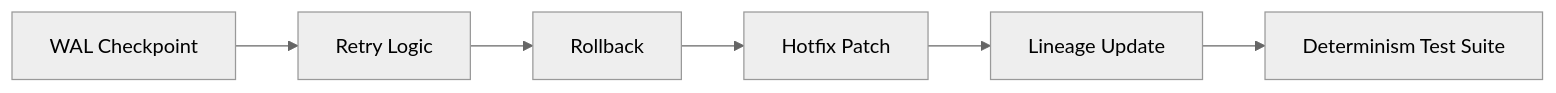
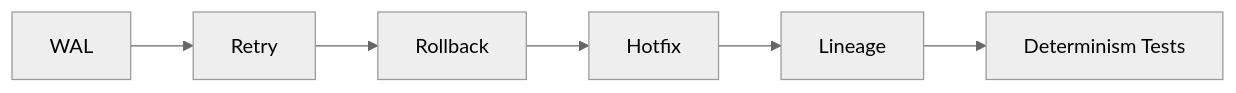
The fifth of 5 diagrams in ARCHITECTURE.md (bartytime4life/Kansas-Frontier-Matrix), drawn with Mermaid (neutral theme) before and after one commit. The commit also changed other lines of this file, not shown here.

````diff
--- a/ARCHITECTURE.md
+++ b/ARCHITECTURE.md
@@ -210,8 +336,8 @@
 ```mermaid
 flowchart LR
-    W[WAL Checkpoint] --> R1[Retry Logic]
+    W[WAL] --> R1[Retry]
     R1 --> R2[Rollback]
-    R2 --> H[Hotfix Patch]
-    H --> L[Lineage Update]
-    L --> T[Determinism Test Suite]
+    R2 --> H[Hotfix]
+    H --> L[Lineage]
+    L --> T[Determinism Tests]
 ```
````
